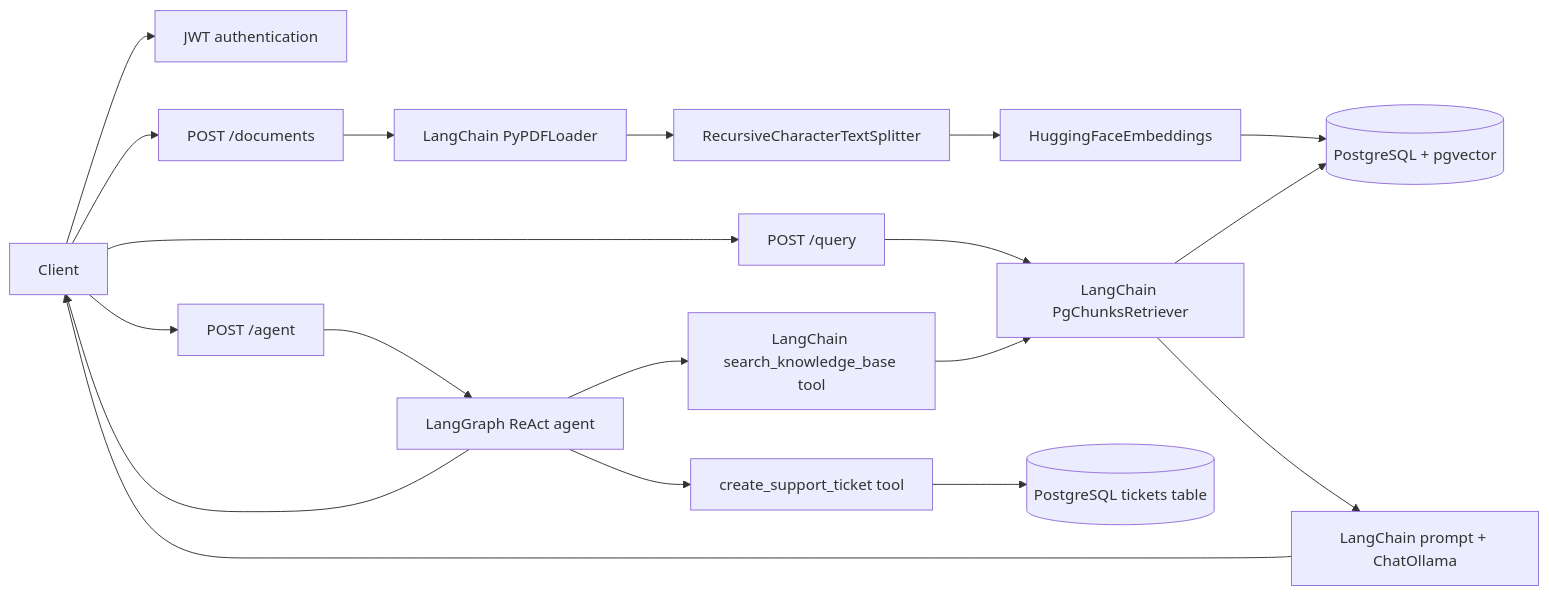
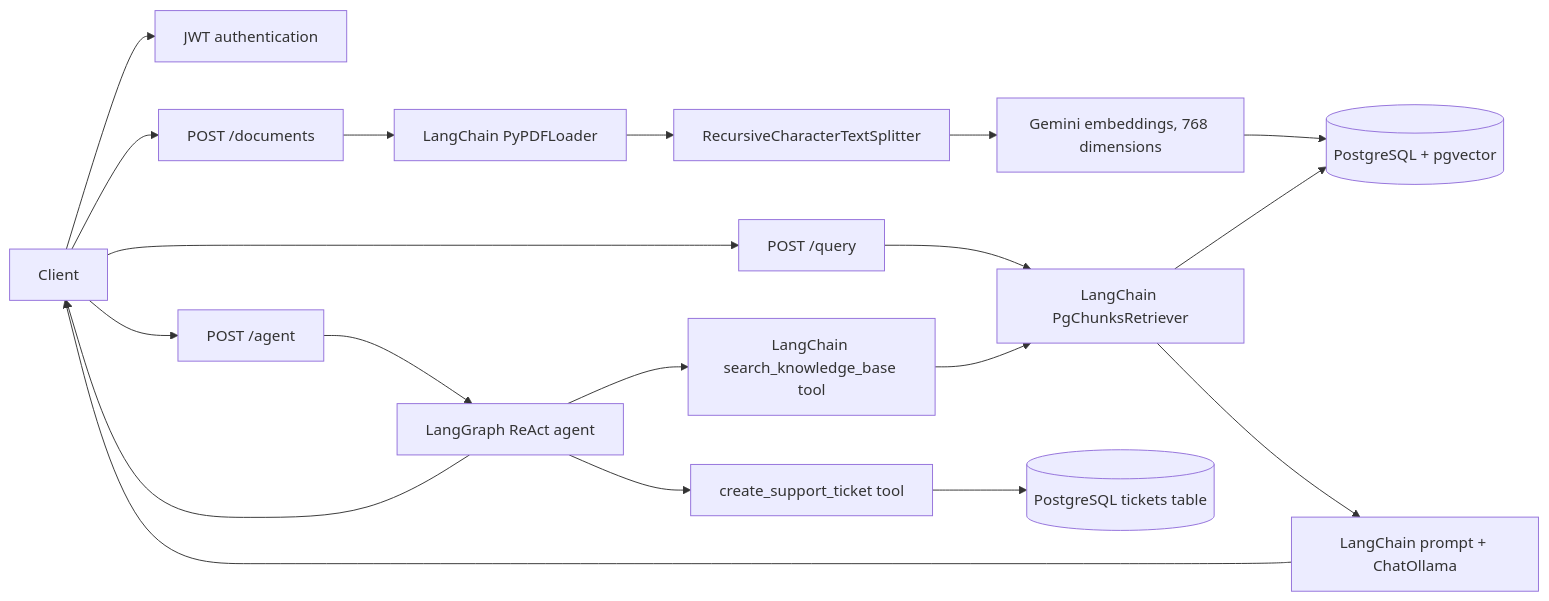
One commit to shiv-pratap04/ai-knowledge-agent-platform changed the diagram in docs/architecture.md. Above: the diagram before and after it, drawn with Mermaid. The commit also changed 4 other files, not shown here.

````diff
--- a/docs/architecture.md
+++ b/docs/architecture.md
@@ -12,23 +12,23 @@
 ```mermaid
 flowchart LR
     Client --> Auth[JWT authentication]
     Client --> Upload[POST /documents]
     Upload --> Loader[LangChain PyPDFLoader]
     Loader --> Splitter[RecursiveCharacterTextSplitter]
-    Splitter --> Embed[HuggingFaceEmbeddings]
+    Splitter --> Embed[Gemini embeddings, 768 dimensions]
     Embed --> Store[(PostgreSQL + pgvector)]
 
     Client --> Query[POST /query]
     Query --> Retriever[LangChain PgChunksRetriever]
     Retriever --> Store
     Retriever --> Chain[LangChain prompt + ChatOllama]
     Chain --> Client
 
     Client --> Agent[POST /agent]
     Agent --> Graph[LangGraph ReAct agent]
     Graph --> Search[LangChain search_knowledge_base tool]
     Search --> Retriever
     Graph --> Ticket[create_support_ticket tool]
     Ticket --> Tickets[(PostgreSQL tickets table)]
     Graph --> Client
 ```
````
